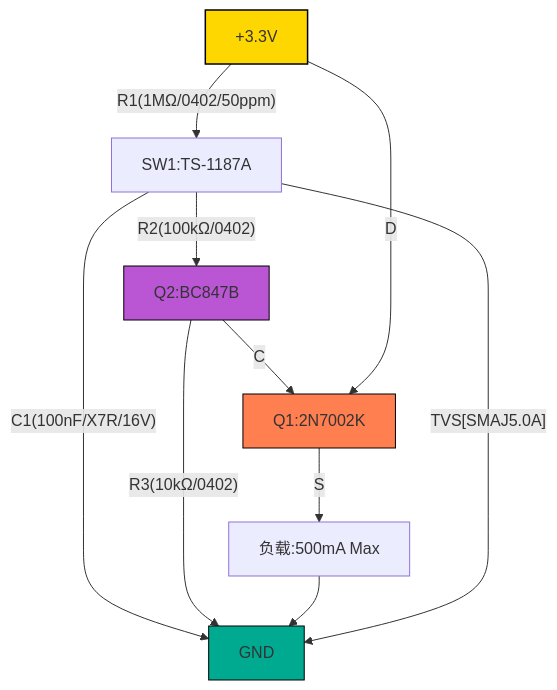
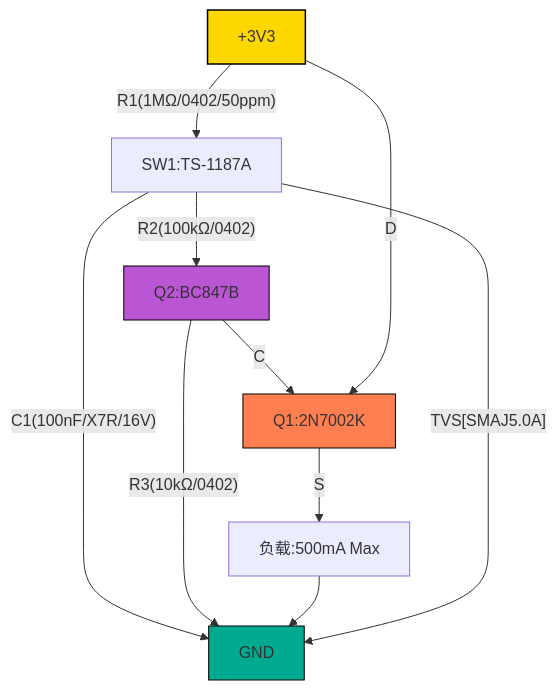
One commit to imaxu/imaxu.github.io changed the first of 4 diagrams in _posts/2025-05-10-MOSFET_based_switching_circuit.md. Above: the diagram before and after it, drawn with Mermaid. The commit also changed other lines of this file, not shown here.

````diff
--- a/_posts/2025-05-10-MOSFET_based_switching_circuit.md
+++ b/_posts/2025-05-10-MOSFET_based_switching_circuit.md
@@ -21,33 +21,33 @@
 ```mermaid
 %% 电路图声明：本设计采用双稳态拓扑，符合MIL-PRF-55342可靠性标准
 graph TB
     %% 电源输入
-    VCC[+3.3V]:::power
+    VCC[+3V3]:::power
     GND[GND]:::ground
     
     %% 按键网络
     VCC -- R1(1MΩ/0402/50ppm) --> SW1[SW1:TS-1187A]
     SW1 -- C1(100nF/X7R/16V) --> GND
     SW1 -- R2(100kΩ/0402) --> Q2[Q2:BC847B]
     
     %% 正反馈回路
     Q2 -- R3(10kΩ/0402) --> GND
     Q2 -- C--> Q1[Q1:2N7002K]
     
     %% 功率开关
     VCC -- D--> Q1
     Q1 -- S--> LOAD[负载:500mA Max]
     LOAD --> GND
     
     %% ESD保护(可选)
     SW1 -- TVS[SMAJ5.0A] --> GND
     
     %% 样式定义
     classDef power fill:#FFD700,stroke:#000,stroke-width:1.5px
     classDef ground fill:#00AA90,stroke:#000
     classDef mosfet fill:#FF7F50,stroke:#000
     classDef bjt fill:#BA55D3,stroke:#000
     class VCC,GND power,ground
     class Q1 mosfet
     class Q2 bjt
 ```
````
